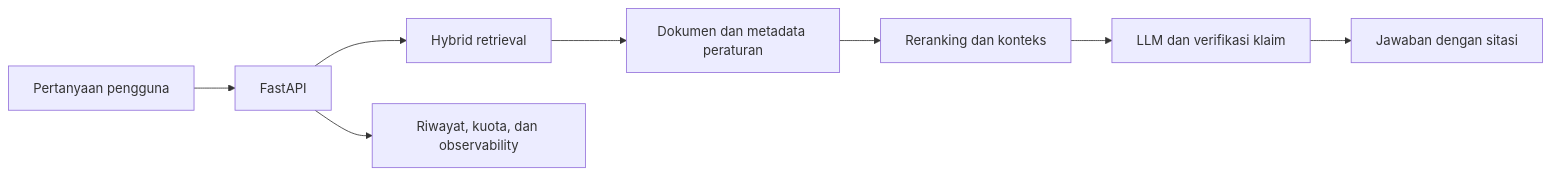
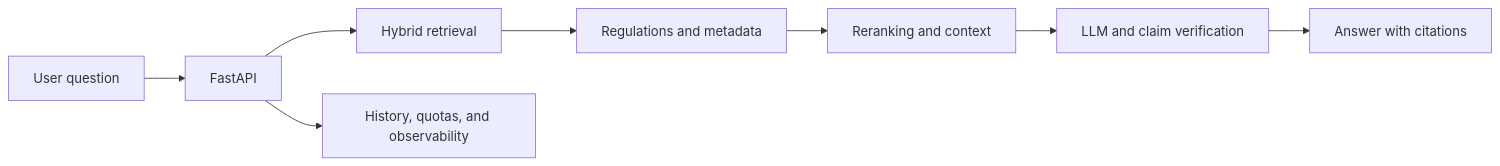
One commit to alfandoo/kerjapedia-ai changed the diagram in README.md. Above: the diagram before and after it, drawn with Mermaid. The commit also changed other lines of this file, not shown here.

````diff
--- a/README.md
+++ b/README.md
@@ -32,10 +32,10 @@
 ```mermaid
 flowchart LR
-    A["Pertanyaan pengguna"] --> B["FastAPI"]
+    A["User question"] --> B["FastAPI"]
     B --> C["Hybrid retrieval"]
-    C --> D["Dokumen dan metadata peraturan"]
-    D --> E["Reranking dan konteks"]
-    E --> F["LLM dan verifikasi klaim"]
-    F --> G["Jawaban dengan sitasi"]
-    B --> H["Riwayat, kuota, dan observability"]
+    C --> D["Regulations and metadata"]
+    D --> E["Reranking and context"]
+    E --> F["LLM and claim verification"]
+    F --> G["Answer with citations"]
+    B --> H["History, quotas, and observability"]
 ```
````
